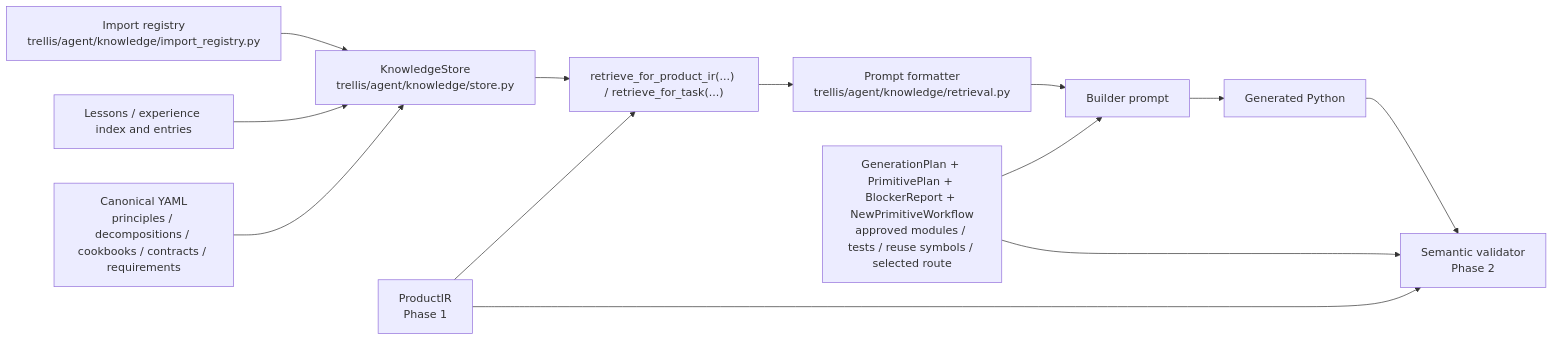
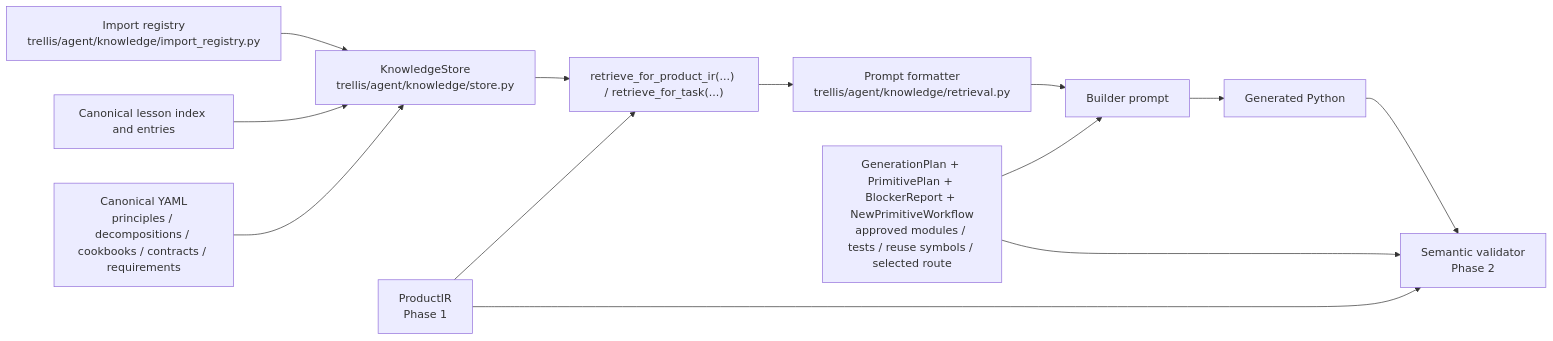
Before and after one commit to steveya/trellis: the fourth of 5 diagrams in docs/agent/workflow_diagrams.md, drawn with Mermaid. The commit also changed other lines of this file and 195 other files, not shown here.

````diff
--- a/docs/agent/workflow_diagrams.md
+++ b/docs/agent/workflow_diagrams.md
@@ -103,17 +103,17 @@
 ```mermaid
 flowchart LR
     A["Canonical YAML<br/>principles / decompositions / cookbooks / contracts / requirements"] --> B["KnowledgeStore<br/>trellis/agent/knowledge/store.py"]
-    C["Lessons / experience index and entries"] --> B
+    C["Canonical lesson index and entries"] --> B
     D["Import registry<br/>trellis/agent/knowledge/import_registry.py"] --> B
 
     B --> E["retrieve_for_product_ir(...) / retrieve_for_task(...)"]
     E --> F["Prompt formatter<br/>trellis/agent/knowledge/retrieval.py"]
     F --> G["Builder prompt"]
 
     H["ProductIR<br/>Phase 1"] --> I["Semantic validator<br/>Phase 2"]
     H --> E
     J["GenerationPlan + PrimitivePlan + BlockerReport + NewPrimitiveWorkflow<br/>approved modules / tests / reuse symbols / selected route"] --> I
     J --> G
     G --> K["Generated Python"]
     K --> I
 ```
````
